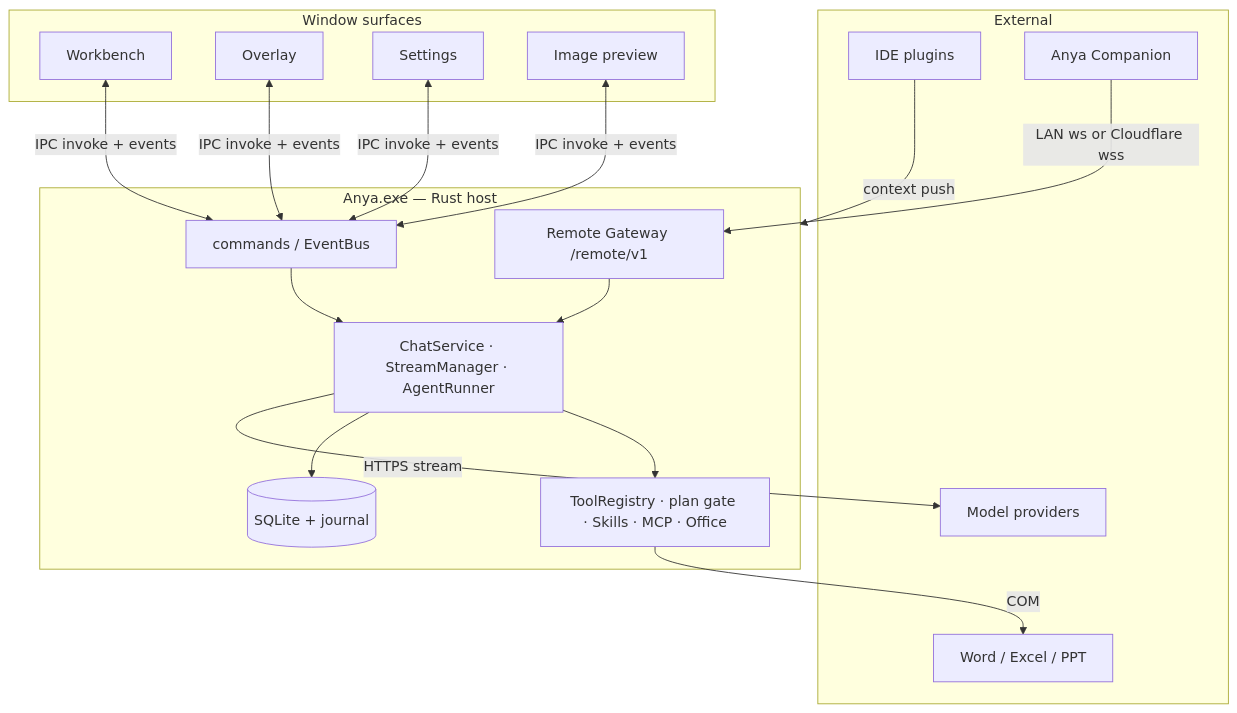
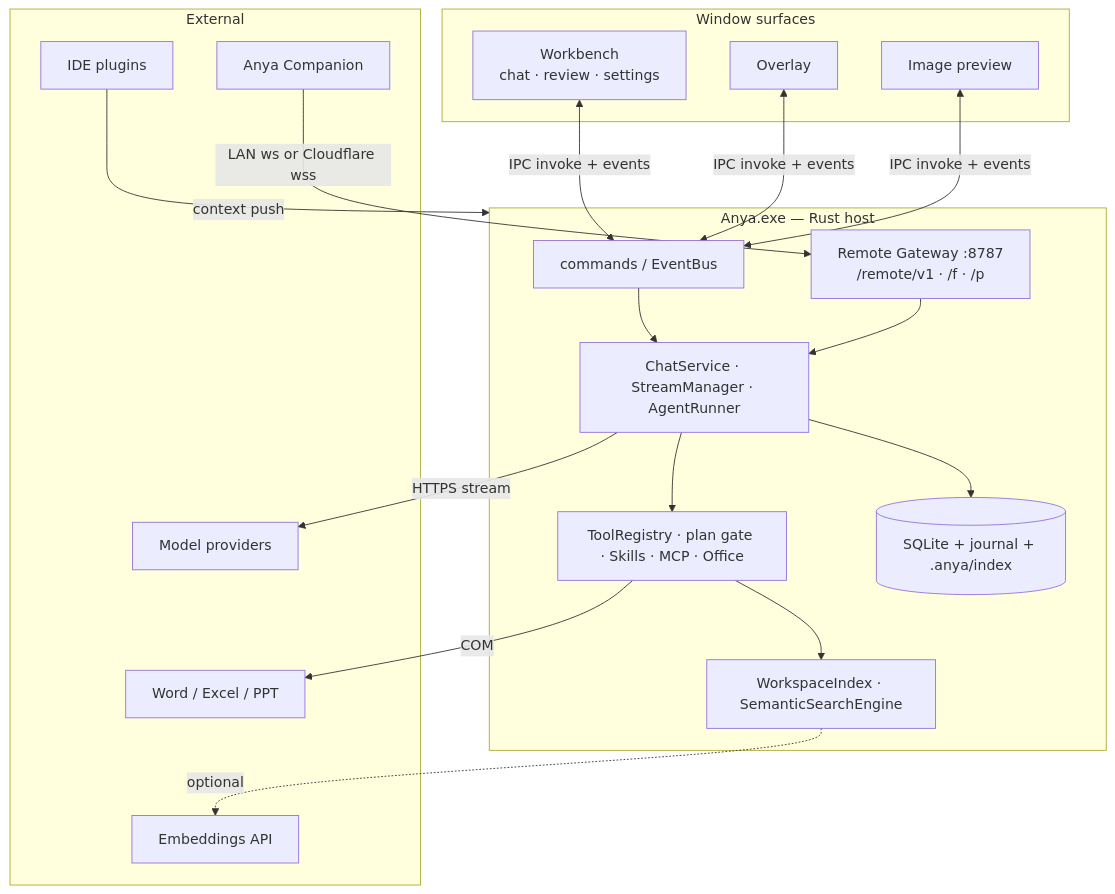
The second of 2 diagrams in README.md (rururunu/Anya), drawn with Mermaid before and after one commit. The commit also changed other lines of this file and 86 other files, not shown here.

````diff
--- a/README.md
+++ b/README.md
@@ -215,34 +218,37 @@
 ```mermaid
 flowchart TB
   subgraph Surfaces["Window surfaces"]
-    WB[Workbench]
+    WB["Workbench<br/>chat · review · settings"]
     OV[Overlay]
-    ST[Settings]
     PV[Image preview]
   end
 
   subgraph Host["Anya.exe — Rust host"]
     CMD[commands / EventBus]
     CHAT[ChatService · StreamManager · AgentRunner]
     TOOLS[ToolRegistry · plan gate · Skills · MCP · Office]
-    GW[Remote Gateway /remote/v1]
-    STORE[(SQLite + journal)]
+    RAG[WorkspaceIndex · SemanticSearchEngine]
+    GW["Remote Gateway :8787<br/>/remote/v1 · /f · /p"]
+    STORE[(SQLite + journal + .anya/index)]
   end
 
   subgraph External["External"]
     LLM[Model providers]
+    EMB[Embeddings API]
     IDE[IDE plugins]
     OFFICE[Word / Excel / PPT]
     PH[Anya Companion]
   end
 
-  WB & OV & ST & PV <-->|IPC invoke + events| CMD
+  WB & OV & PV <-->|IPC invoke + events| CMD
   CMD --> CHAT
   CHAT --> TOOLS
+  TOOLS --> RAG
+  RAG -.->|optional| EMB
   CHAT --> STORE
   GW --> CHAT
   CHAT -->|HTTPS stream| LLM
   IDE -->|context push| Host
   TOOLS -->|COM| OFFICE
   PH -->|LAN ws or Cloudflare wss| GW
 ```
````
